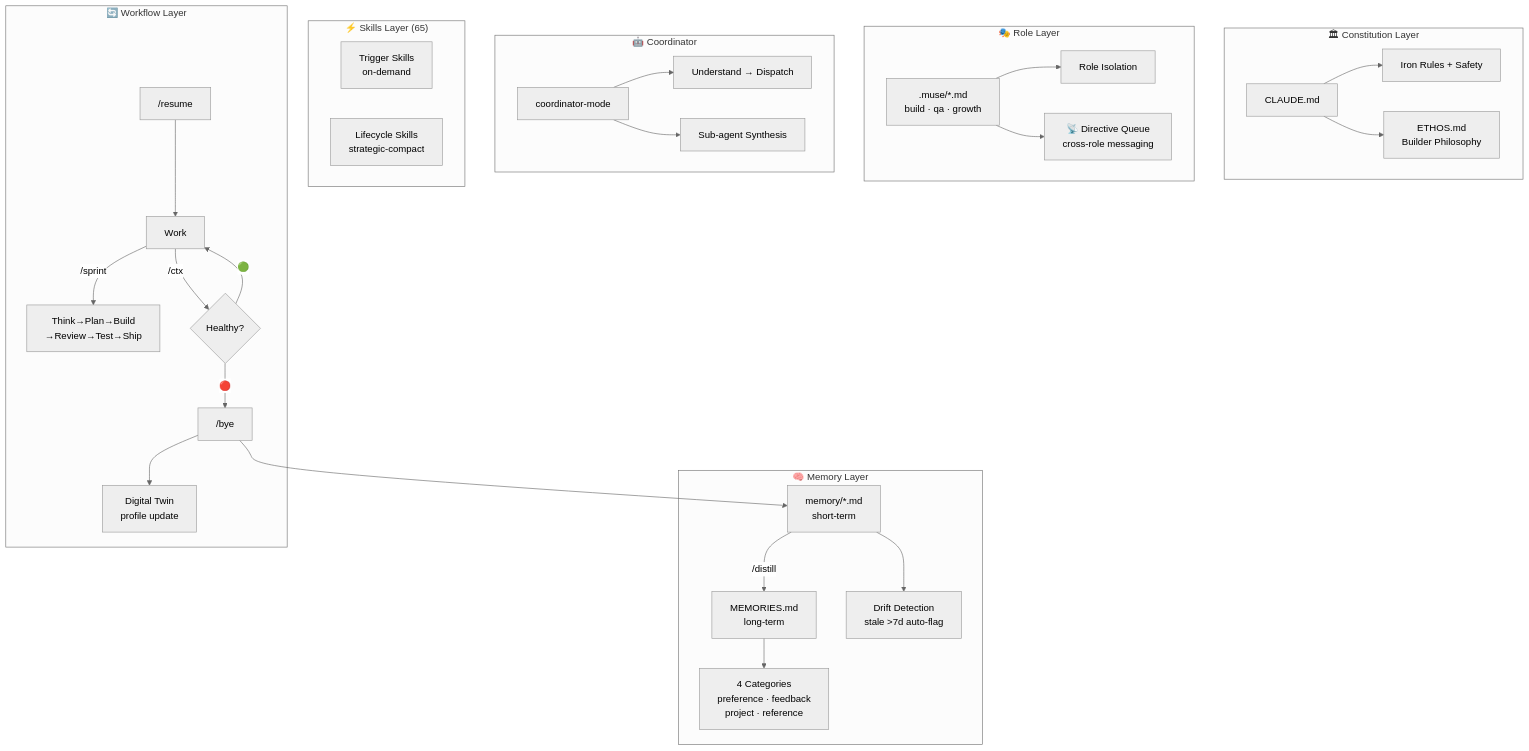
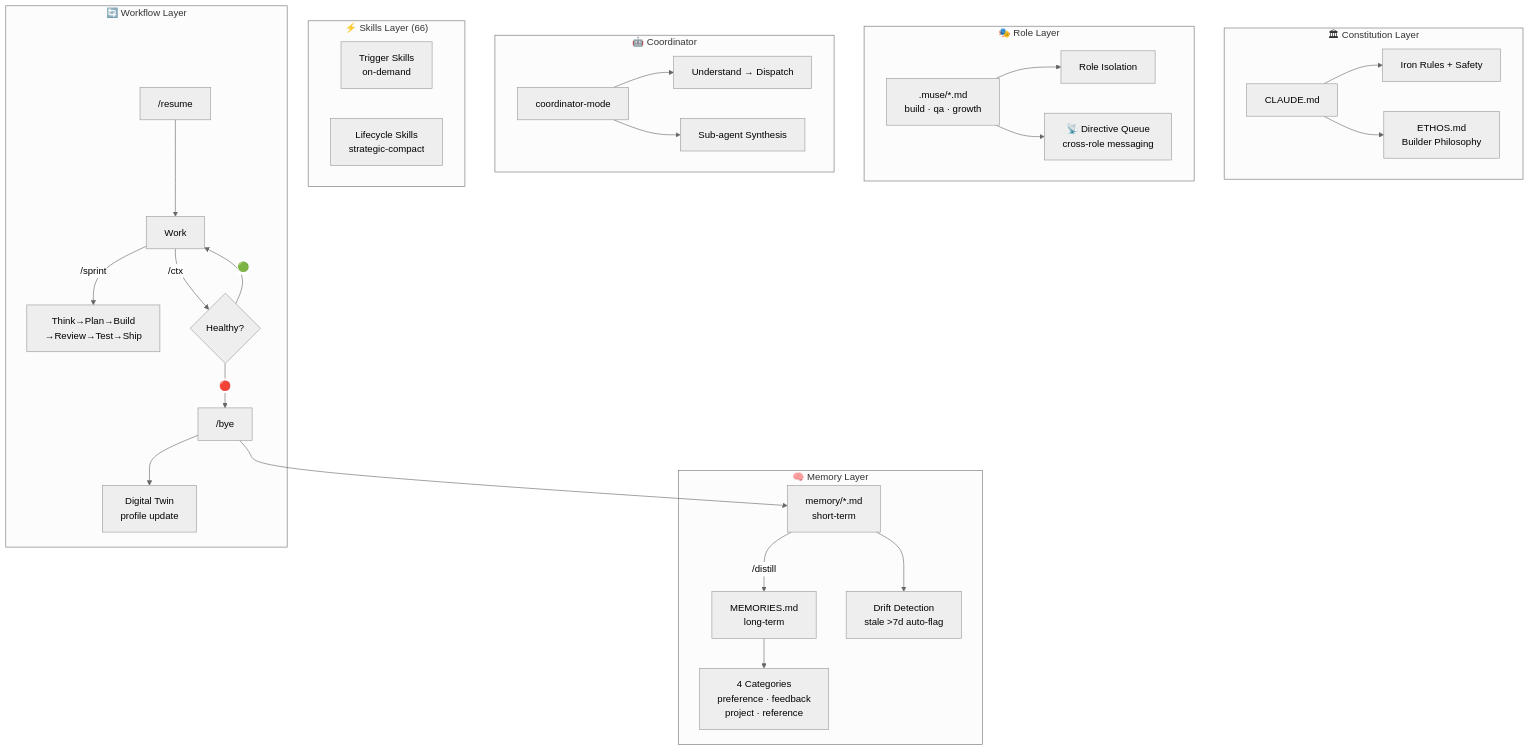
One commit to myths-labs/muse changed the diagram in README.md. Above: the diagram before and after it, drawn with Mermaid (neutral theme). The commit also changed other lines of this file and 56 other files, not shown here.

````diff
--- a/README.md
+++ b/README.md
@@ -212,38 +214,38 @@
 ```mermaid
 graph TB
     subgraph "🏛 Constitution Layer"
         A["CLAUDE.md"] --> B["Iron Rules + Safety"]
         A --> C["ETHOS.md<br/>Builder Philosophy"]
     end
     
     subgraph "🎭 Role Layer"
         R[".muse/*.md<br/>build · qa · growth"] --> S["Role Isolation"]
         R --> T["📡 Directive Queue<br/>cross-role messaging"]
     end
     
     subgraph "🧠 Memory Layer"
         D["memory/*.md<br/>short-term"] -->|"/distill"| E["MEMORIES.md<br/>long-term"]
         D --> D1["Drift Detection<br/>stale >7d auto-flag"]
         E --> E1["4 Categories<br/>preference · feedback<br/>project · reference"]
     end
     
     subgraph "🤖 Coordinator"
         CO["coordinator-mode"] --> CO1["Understand → Dispatch"]
         CO --> CO2["Sub-agent Synthesis"]
     end
     
-    subgraph "⚡ Skills Layer (65)"
+    subgraph "⚡ Skills Layer (66)"
         G["Trigger Skills<br/>on-demand"]
         H["Lifecycle Skills<br/>strategic-compact"]
     end
     
     subgraph "🔄 Workflow Layer"
         I["/resume"] --> J["Work"]
         J -->|"/sprint"| SP["Think→Plan→Build<br/>→Review→Test→Ship"]
         J -->|"/ctx"| K{"Healthy?"}
         K -->|"🟢"| J
         K -->|"🔴"| L["/bye"]
         L --> D
         L --> L1["Digital Twin<br/>profile update"]
     end
 ```
````
